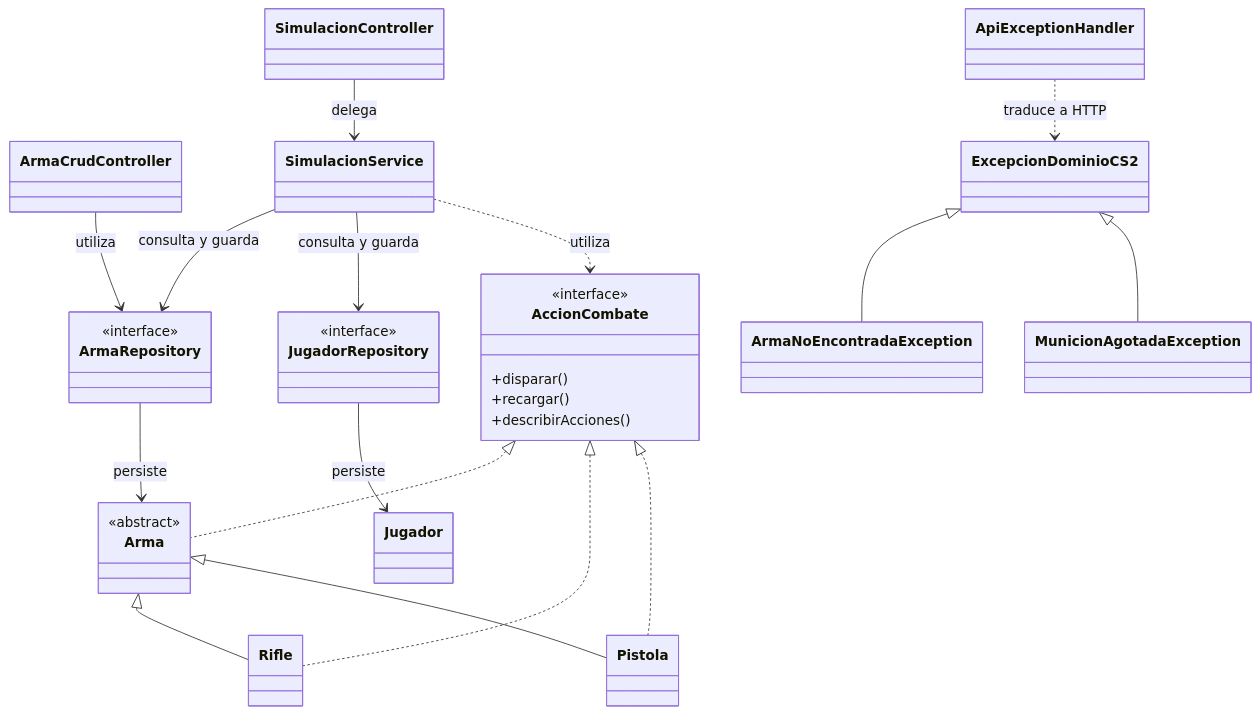
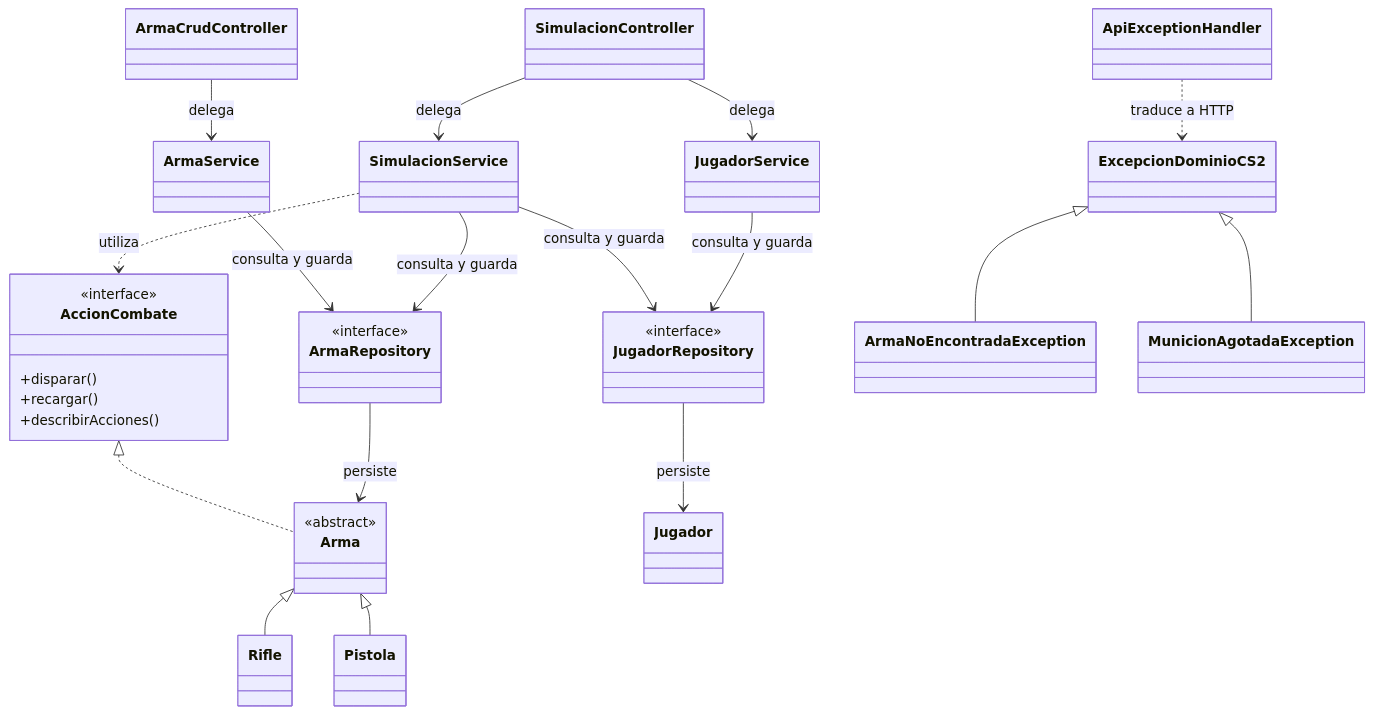
One commit to GioMonteggia/SMONTEGGIA-taller-git-2026 changed the diagram in README.md. Above: the diagram before and after it, drawn with Mermaid. The commit also changed other lines of this file, not shown here.

````diff
--- a/README.md
+++ b/README.md
@@ -166,44 +201,47 @@
 ```mermaid
 classDiagram
     class Arma {
         <<abstract>>
     }
     class Rifle
     class Pistola
     class Jugador
     class AccionCombate {
         <<interface>>
         +disparar()
         +recargar()
         +describirAcciones()
     }
     class ArmaRepository {
         <<interface>>
     }
     class JugadorRepository {
         <<interface>>
     }
     class ArmaCrudController
+    class ArmaService
+    class JugadorService
     class SimulacionController
     class SimulacionService
     class ApiExceptionHandler
     class ExcepcionDominioCS2
     class ArmaNoEncontradaException
     class MunicionAgotadaException
 
     Arma <|-- Rifle
     Arma <|-- Pistola
     AccionCombate <|.. Arma
-    AccionCombate <|.. Rifle
-    AccionCombate <|.. Pistola
     ArmaRepository --> Arma : persiste
     JugadorRepository --> Jugador : persiste
-    ArmaCrudController --> ArmaRepository : utiliza
+    ArmaCrudController --> ArmaService : delega
+    ArmaService --> ArmaRepository : consulta y guarda
     SimulacionController --> SimulacionService : delega
+    SimulacionController --> JugadorService : delega
     SimulacionService --> ArmaRepository : consulta y guarda
     SimulacionService --> JugadorRepository : consulta y guarda
+    JugadorService --> JugadorRepository : consulta y guarda
     SimulacionService ..> AccionCombate : utiliza
     ExcepcionDominioCS2 <|-- ArmaNoEncontradaException
     ExcepcionDominioCS2 <|-- MunicionAgotadaException
     ApiExceptionHandler ..> ExcepcionDominioCS2 : traduce a HTTP
 ```
````
